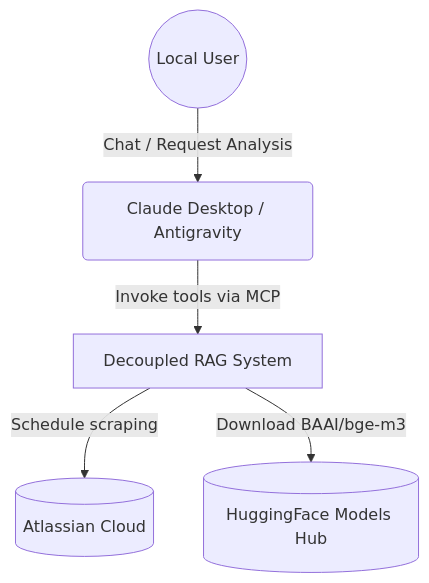
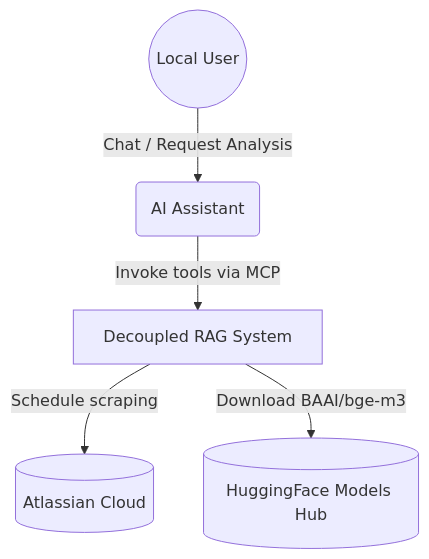
One commit to cachep-xidau/MCP-server changed the first of 4 diagrams in README.md. Above: the diagram before and after it, drawn with Mermaid. The commit also changed other lines of this file, not shown here.

````diff
--- a/README.md
+++ b/README.md
@@ -19,13 +22,13 @@
 ```mermaid
 graph TD
     User((Local User))
-    Antigravity(Claude Desktop / Antigravity)
+    Antigravity(AI Assistant)
     RAG_System[Decoupled RAG System]
     Atlassian[(Atlassian Cloud)]
     HuggingFace[(HuggingFace Models Hub)]
 
     User -->|Chat / Request Analysis| Antigravity
     Antigravity -->|Invoke tools via MCP| RAG_System
     RAG_System -->|Schedule scraping| Atlassian
     RAG_System -->|Download BAAI/bge-m3| HuggingFace
 ```
````
